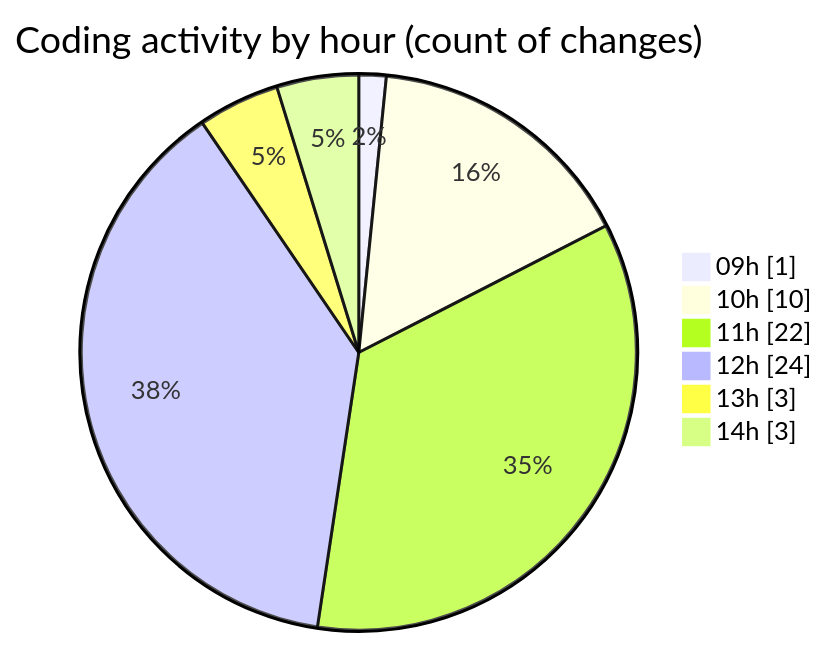
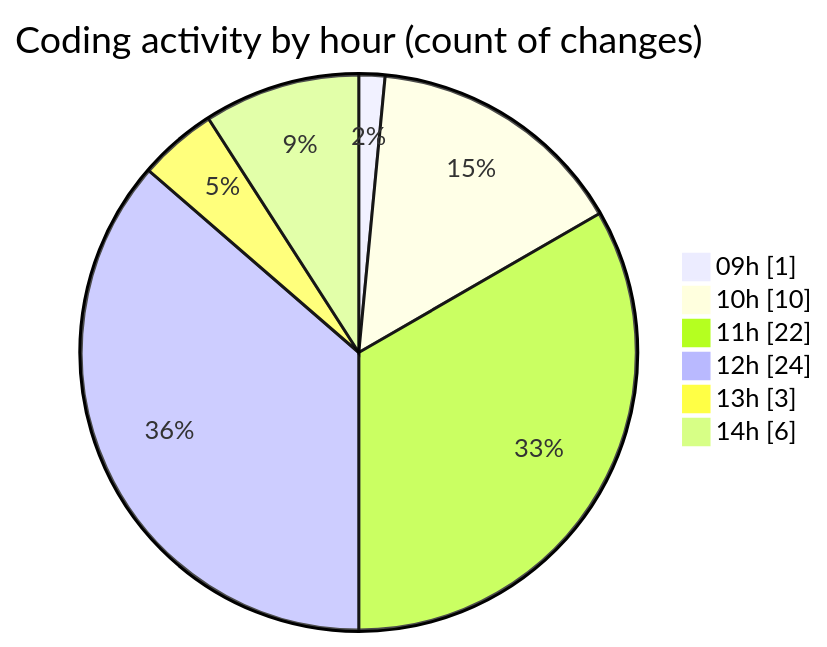
The second of 2 diagrams in 2025-07-09/cda/README.md (momahboobian/code-tracking), drawn with Mermaid before and after one commit. The commit also changed other lines of this file and 1 other file, not shown here.

````diff
--- a/2025-07-09/cda/README.md
+++ b/2025-07-09/cda/README.md
@@ -49,10 +49,10 @@
 ```mermaid
 pie showData
 title Coding activity by hour (count of changes)
 "09h" : 1
 "10h" : 10
 "11h" : 22
 "12h" : 24
 "13h" : 3
-"14h" : 3
+"14h" : 6
 ```
````
